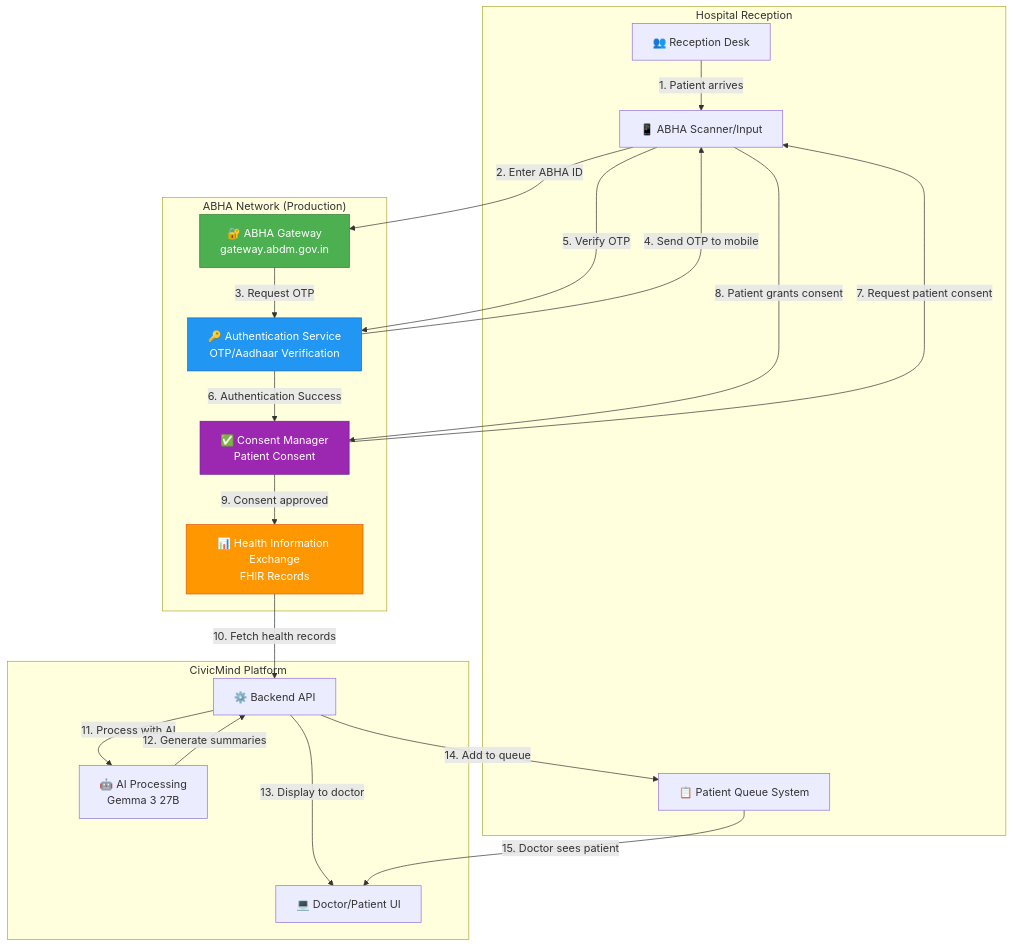
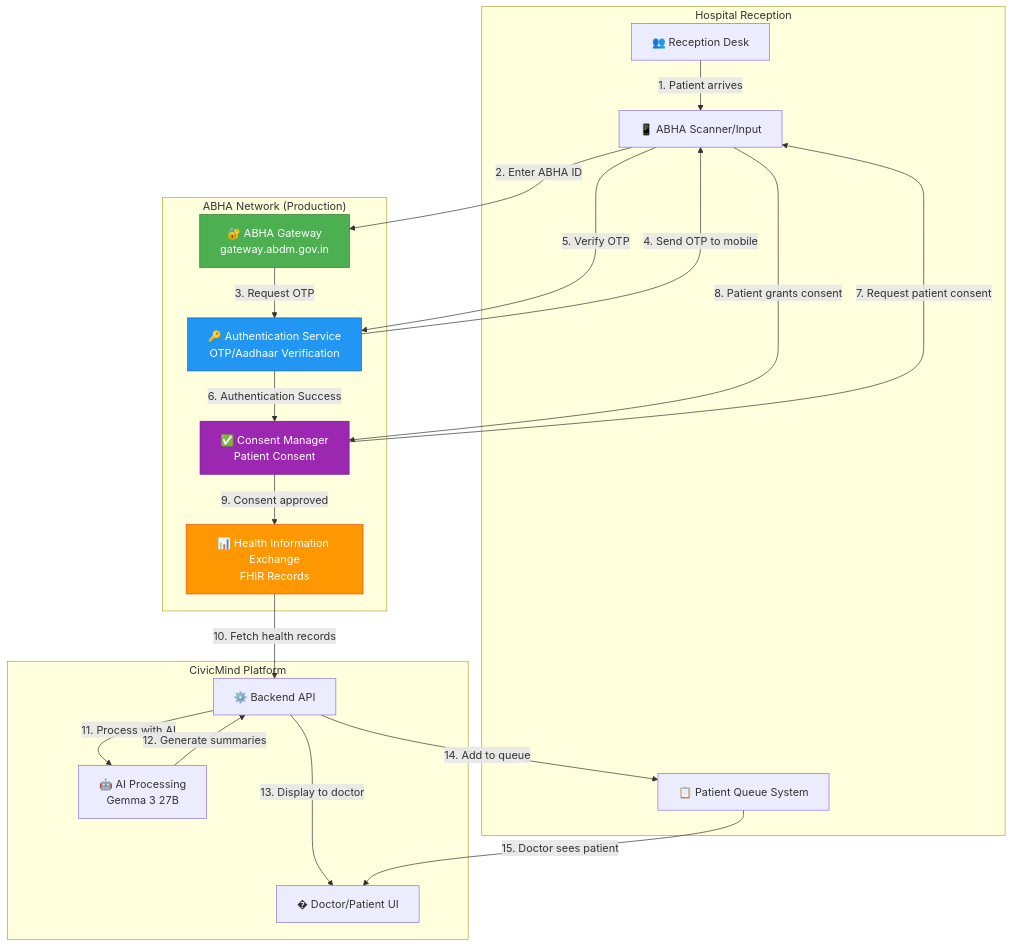
One commit to huiguys/civicmind-health-ai changed the seventh of 8 diagrams in ARCHITECTURE.md. Above: the diagram before and after it, drawn with Mermaid. The commit also changed other lines of this file, not shown here.

First line of the commit message:
Streamline ARCHITECTURE.md - remove verbose code, keep visual diagrams

````diff
--- a/ARCHITECTURE.md
+++ b/ARCHITECTURE.md
@@ -348,47 +337,47 @@
 ```mermaid
 graph TB
     subgraph "Hospital Reception"
         Reception["👥 Reception Desk"]
         Scanner["📱 ABHA Scanner/Input"]
         Queue["📋 Patient Queue System"]
     end
     
     subgraph "ABHA Network (Production)"
         ABHAGateway["🔐 ABHA Gateway<br/>gateway.abdm.gov.in"]
         ABHAAuth["🔑 Authentication Service<br/>OTP/Aadhaar Verification"]
         ABHARecords["📊 Health Information Exchange<br/>FHIR Records"]
         Consent["✅ Consent Manager<br/>Patient Consent"]
     end
     
     subgraph "CivicMind Platform"
         Backend["⚙️ Backend API"]
         AI["🤖 AI Processing<br/>Gemma 3 27B"]
-        Frontend["💻 Doctor/Patient UI"]
+        Frontend["� Doctor/Patient UI"]
     end
     
     %% Reception Flow
     Reception -->|1. Patient arrives| Scanner
     Scanner -->|2. Enter ABHA ID| ABHAGateway
     ABHAGateway -->|3. Request OTP| ABHAAuth
     ABHAAuth -->|4. Send OTP to mobile| Scanner
     Scanner -->|5. Verify OTP| ABHAAuth
     ABHAAuth -->|6. Authentication Success| Consent
     
     %% Consent Flow
     Consent -->|7. Request patient consent| Scanner
     Scanner -->|8. Patient grants consent| Consent
     Consent -->|9. Consent approved| ABHARecords
     
     %% Data Fetch Flow
     ABHARecords -->|10. Fetch health records| Backend
     Backend -->|11. Process with AI| AI
     AI -->|12. Generate summaries| Backend
     Backend -->|13. Display to doctor| Frontend
     Backend -->|14. Add to queue| Queue
     Queue -->|15. Doctor sees patient| Frontend
     
     style ABHAGateway fill:#4CAF50,stroke:#2E7D32,color:#fff
     style ABHAAuth fill:#2196F3,stroke:#1565C0,color:#fff
     style ABHARecords fill:#FF9800,stroke:#E65100,color:#fff
     style Consent fill:#9C27B0,stroke:#6A1B9A,color:#fff
 ```
````
